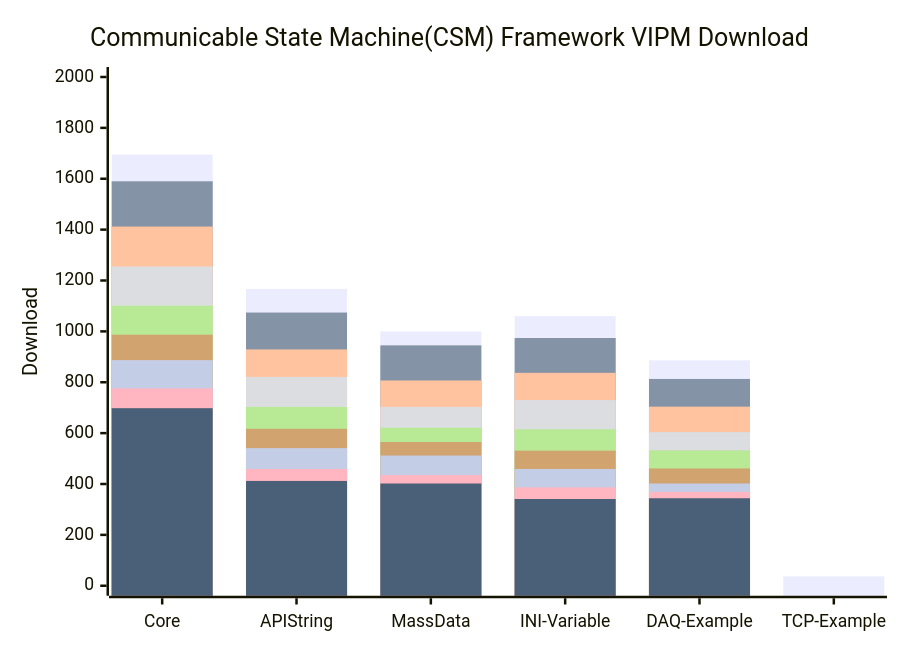
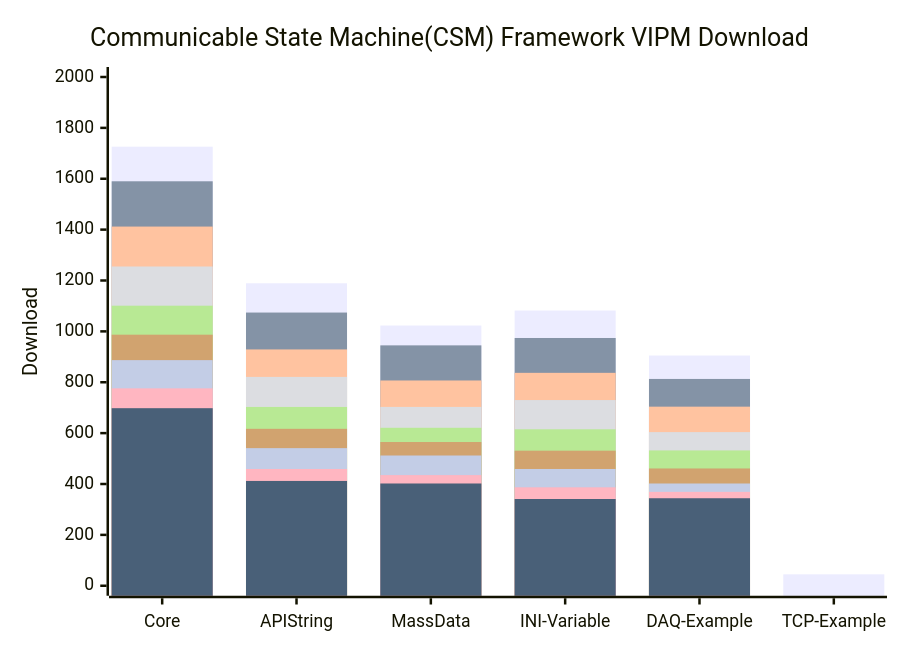
The diagram in profile/README.md (NEVSTOP-LAB/.github), drawn with Mermaid before and after one commit.

````diff
--- a/profile/README.md
+++ b/profile/README.md
@@ -31,15 +31,15 @@
 ```mermaid
     xychart-beta
     title "Communicable State Machine(CSM) Framework VIPM Download"
     x-axis [Core, API String, MassData, INI-Variable, DAQ-Example, TCP-Example]
     y-axis "Download" 0 --> 2000
-    bar   [1695, 1167, 1000, 1060, 886, 37]
+    bar   [1726, 1189, 1023, 1082, 905, 45]
     bar   [1590, 1074, 945, 974, 813]
     bar   [1412, 929, 807, 837, 704]
     bar   [1255, 821, 703, 730, 604]
     bar   [1101, 703, 621, 615, 532]
     bar   [987, 617, 565, 531, 461]
     bar   [887, 541, 512, 459, 402]
     bar   [776, 459, 435, 387, 369]
     bar   [698, 412, 402, 341, 344]
 ```
````
